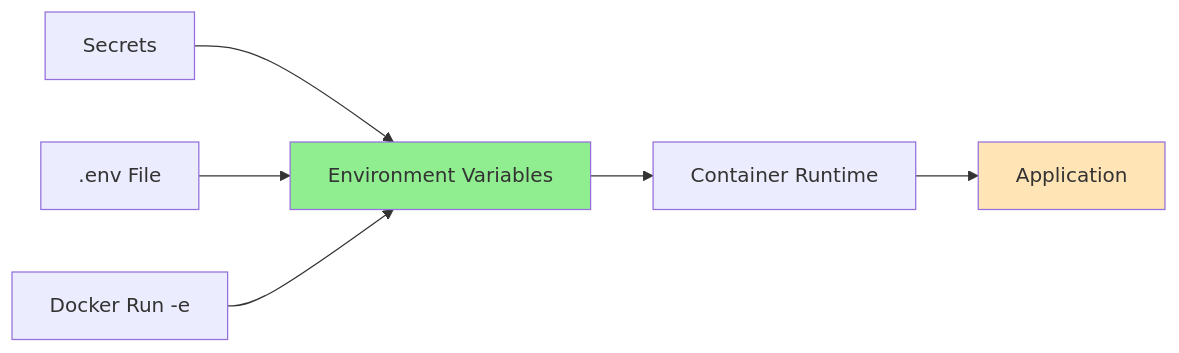
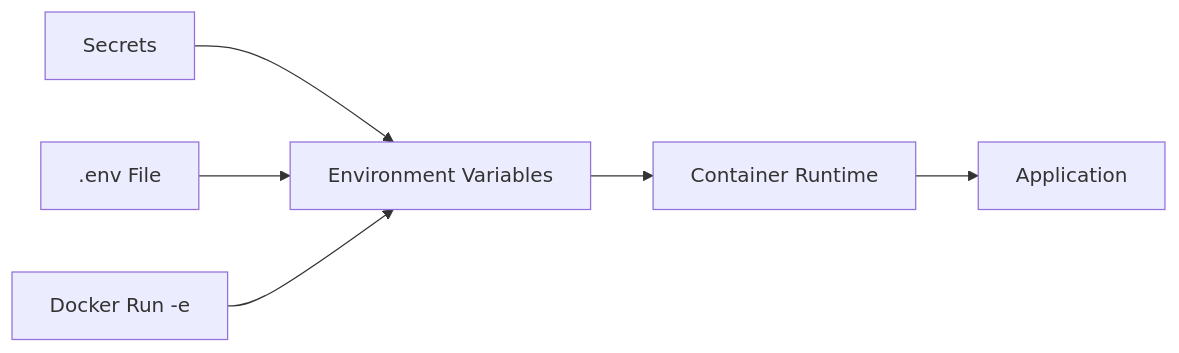
One commit to 4gh0rn/dev-blog changed the fifth of 5 diagrams in docs/projects/truck-signs-api.md. Above: the diagram before and after it, drawn with Mermaid. The commit also changed other lines of this file and 17 other files, not shown here.

````diff
--- a/docs/projects/truck-signs-api.md
+++ b/docs/projects/truck-signs-api.md
@@ -180,12 +169,9 @@
 ```mermaid
 graph LR
     A[Secrets] --> B[Environment Variables]
     B --> C[Container Runtime]
     C --> D[Application]
     
     E[.env File] --> B
     F[Docker Run -e] --> B
-    
-    style B fill:#90EE90
-    style D fill:#FFE4B5
 ```
````
